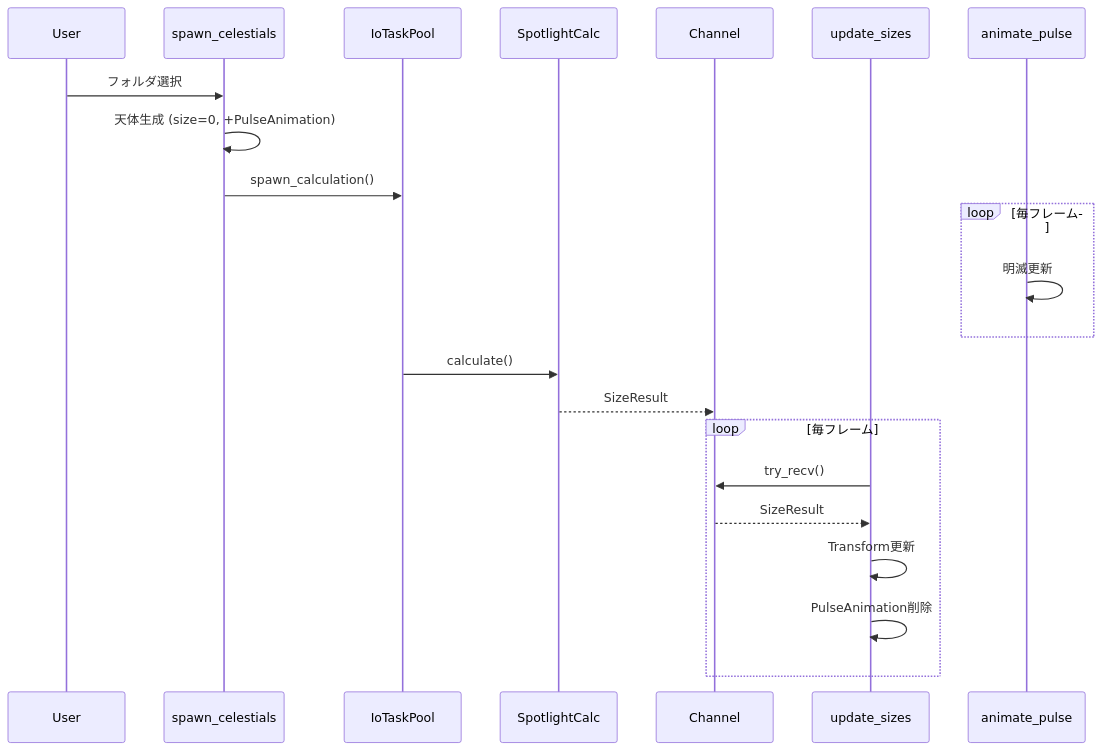
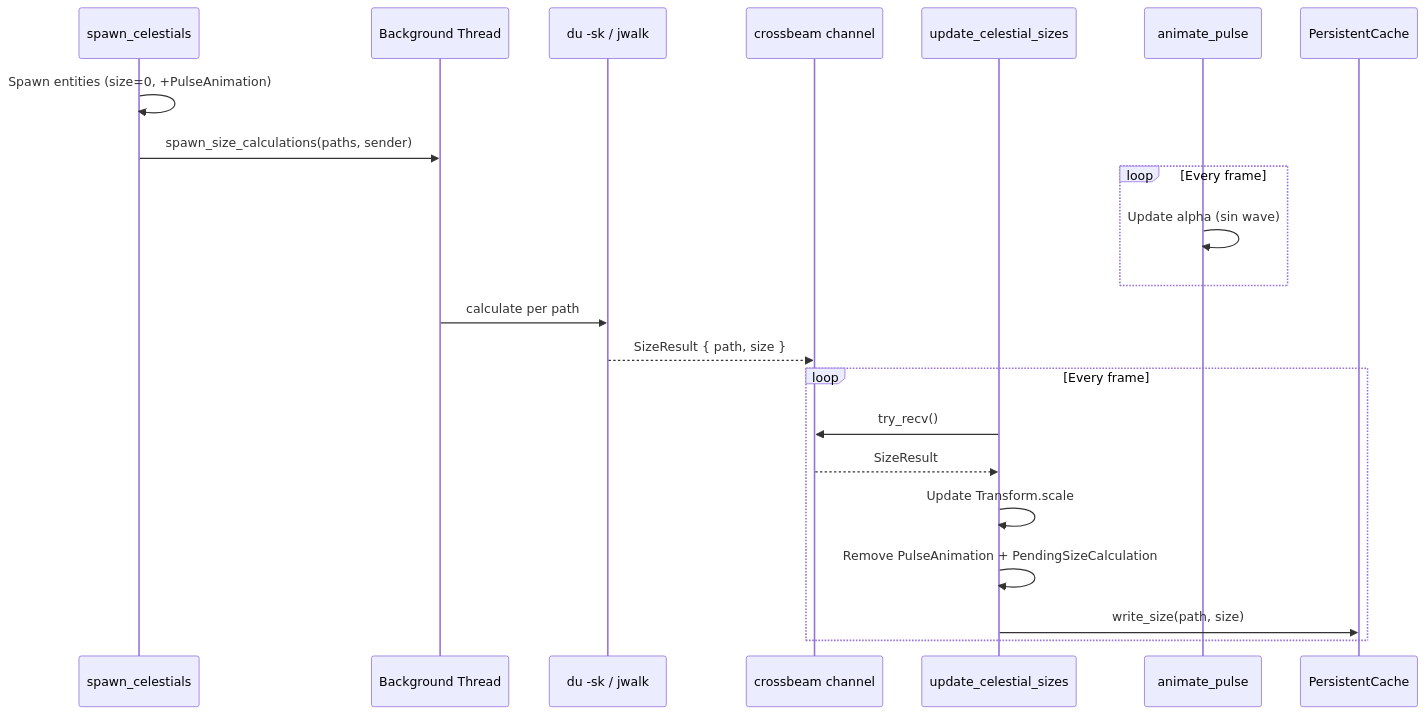
The second of 2 diagrams in docs/design/size-calculation.md (CLOSM-org/closm-probe), drawn with Mermaid before and after one commit. The commit also changed other lines of this file and 2 other files, not shown here.

First line of the commit message:
feat: Refactor size calculation system and enhance platform-specific implementations

````diff
--- a/docs/design/size-calculation.md
+++ b/docs/design/size-calculation.md
@@ -295,28 +112,28 @@
 ```mermaid
 sequenceDiagram
-    participant User
-    participant spawn_celestials
-    participant IoTaskPool
-    participant SpotlightCalc
-    participant Channel
-    participant update_sizes
-    participant animate_pulse
+    participant spawn as spawn_celestials
+    participant thread as Background Thread
+    participant du as du -sk / jwalk
+    participant channel as crossbeam channel
+    participant update as update_celestial_sizes
+    participant pulse as animate_pulse
+    participant cache as PersistentCache
 
-    User->>spawn_celestials: フォルダ選択
-    spawn_celestials->>spawn_celestials: 天体生成 (size=0, +PulseAnimation)
-    spawn_celestials->>IoTaskPool: spawn_calculation()
+    spawn->>spawn: Spawn entities (size=0, +PulseAnimation)
+    spawn->>thread: spawn_size_calculations(paths, sender)
 
-    loop 毎フレーム
-        animate_pulse->>animate_pulse: 明滅更新
+    loop Every frame
+        pulse->>pulse: Update alpha (sin wave)
     end
 
-    IoTaskPool->>SpotlightCalc: calculate()
-    SpotlightCalc-->>Channel: SizeResult
+    thread->>du: calculate per path
+    du-->>channel: SizeResult { path, size }
 
-    loop 毎フレーム
-        update_sizes->>Channel: try_recv()
-        Channel-->>update_sizes: SizeResult
-        update_sizes->>update_sizes: Transform更新
-        update_sizes->>update_sizes: PulseAnimation削除
+    loop Every frame
+        update->>channel: try_recv()
+        channel-->>update: SizeResult
+        update->>update: Update Transform.scale
+        update->>update: Remove PulseAnimation + PendingSizeCalculation
+        update->>cache: write_size(path, size)
     end
 ```
````
